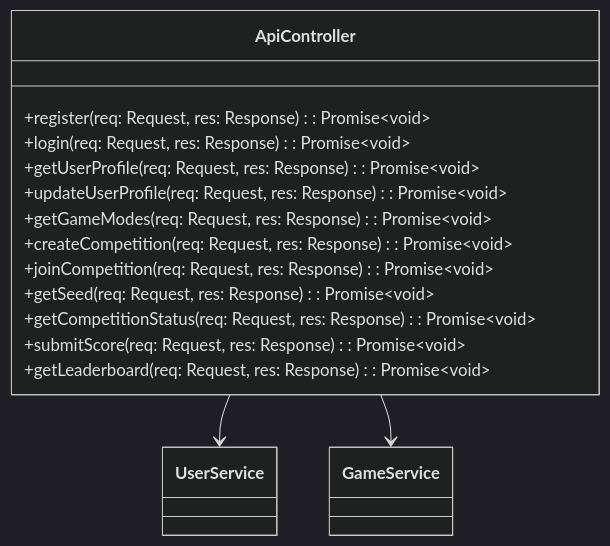
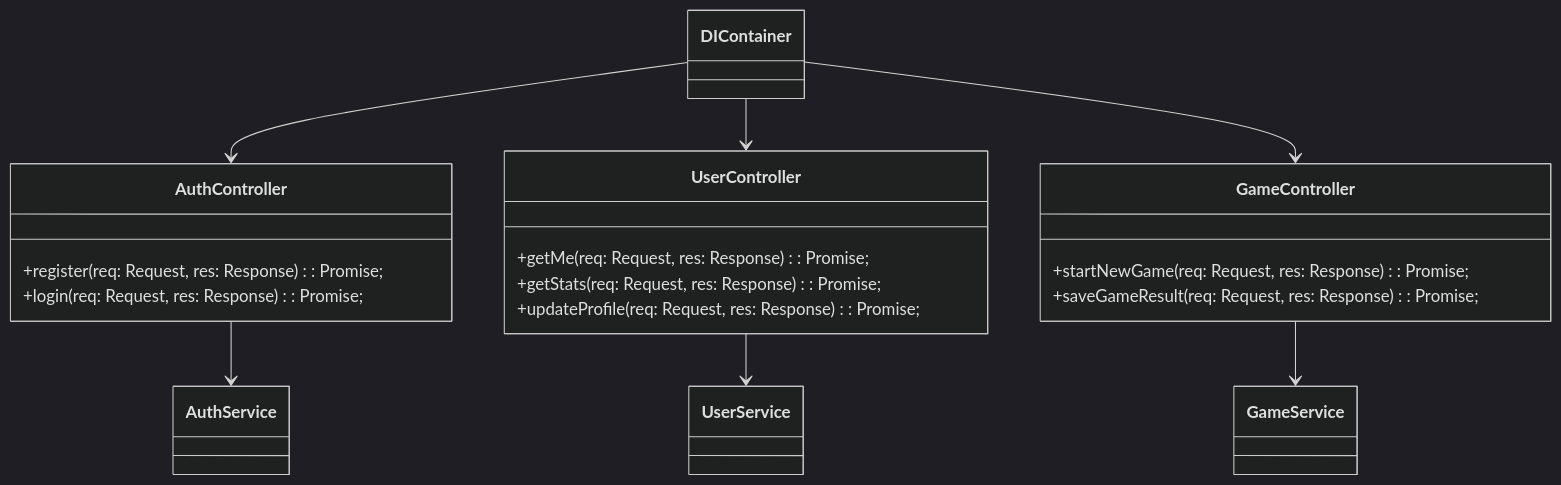
Before and after one commit to GitDevla/infinite-simon: the sixth of 6 diagrams in docs/system-design.md, drawn with Mermaid (dark theme). The commit also changed other lines of this file and 2 other files, not shown here.

````diff
--- a/docs/system-design.md
+++ b/docs/system-design.md
@@ -262,18 +288,25 @@
 ```mermaid
 classDiagram
-    class ApiController {
-        +register(req: Request, res: Response): Promise~void~
-        +login(req: Request, res: Response): Promise~void~
-        +getUserProfile(req: Request, res: Response): Promise~void~
-        +updateUserProfile(req: Request, res: Response): Promise~void~
-        +getGameModes(req: Request, res: Response): Promise~void~
-        +createCompetition(req: Request, res: Response): Promise~void~
-        +joinCompetition(req: Request, res: Response): Promise~void~
-        +getSeed(req: Request, res: Response): Promise~void~
-        +getCompetitionStatus(req: Request, res: Response): Promise~void~
-        +submitScore(req: Request, res: Response): Promise~void~
-        +getLeaderboard(req: Request, res: Response): Promise~void~
+    class AuthController {
+        +register(req: Request, res: Response): Promise<void>;
+        +login(req: Request, res: Response): Promise<void>;
     }
-    ApiController --> UserService
-    ApiController --> GameService
+
+    class UserController {
+        +getMe(req: Request, res: Response): Promise<void>;
+        +getStats(req: Request, res: Response): Promise<void>;
+        +updateProfile(req: Request, res: Response): Promise<void>;
+    }
+
+    class GameController {
+        +startNewGame(req: Request, res: Response): Promise<void>;
+        +saveGameResult(req: Request, res: Response): Promise<void>;
+    }
+
+    AuthController --> AuthService
+    UserController --> UserService
+    GameController --> GameService
+    DIContainer --> AuthController
+    DIContainer --> UserController
+    DIContainer --> GameController
 ```
````
